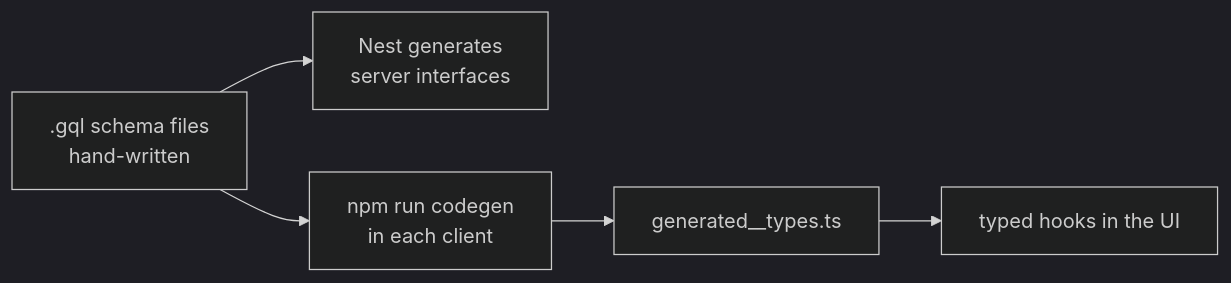
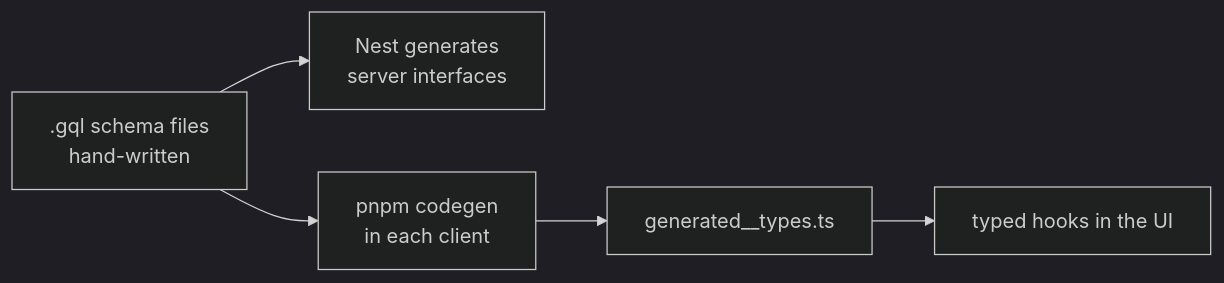
The ninth of 14 diagrams in docs/how-app-boilerplate-works.md (jade-kenneth/ai-media-creator), drawn with Mermaid (dark theme) before and after one commit. The commit also changed other lines of this file and 52 other files, not shown here.

````diff
--- a/docs/how-app-boilerplate-works.md
+++ b/docs/how-app-boilerplate-works.md
@@ -374,7 +374,7 @@
 ```mermaid
 flowchart LR
   GQLF[".gql schema files<br/>hand-written"] --> NEST["Nest generates<br/>server interfaces"]
-  GQLF --> CG["npm run codegen<br/>in each client"]
+  GQLF --> CG["pnpm codegen<br/>in each client"]
   CG --> TYPES["generated__types.ts"]
   TYPES --> UI["typed hooks in the UI"]
 ```
````
